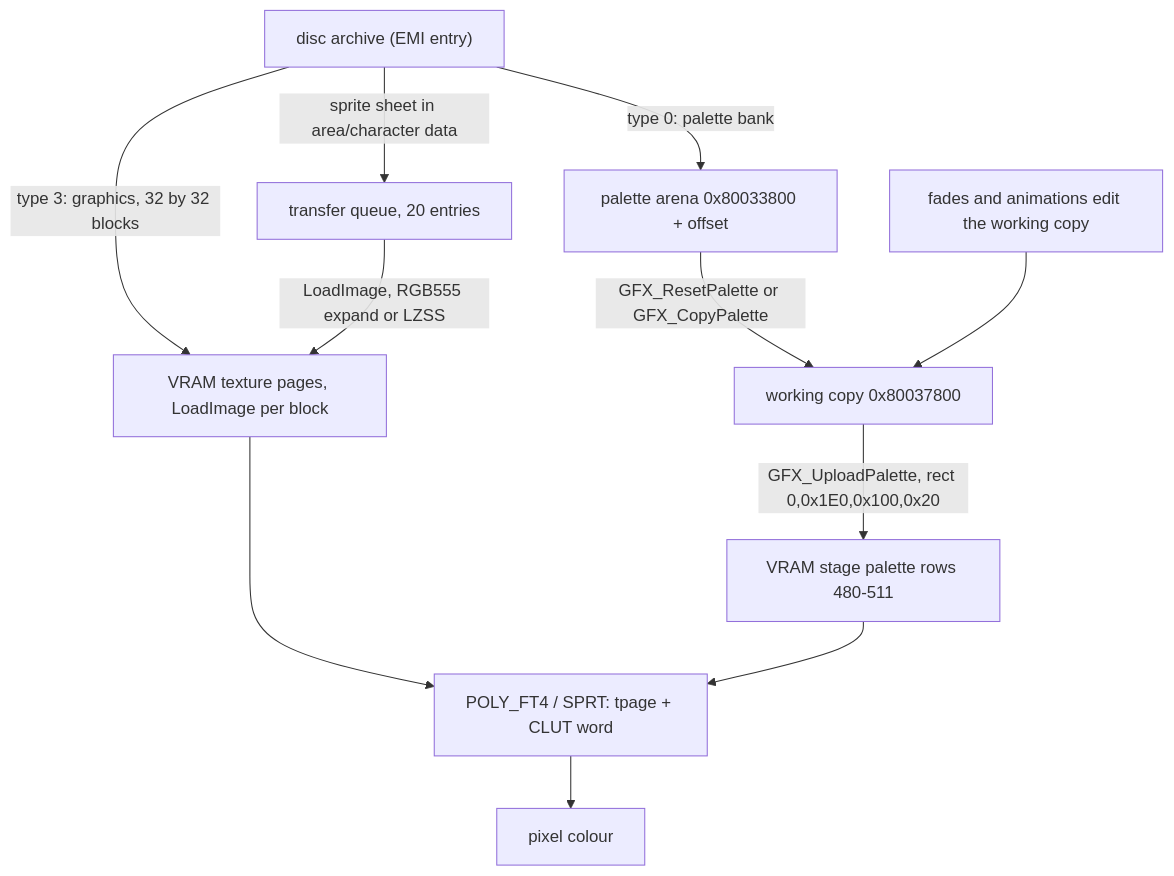
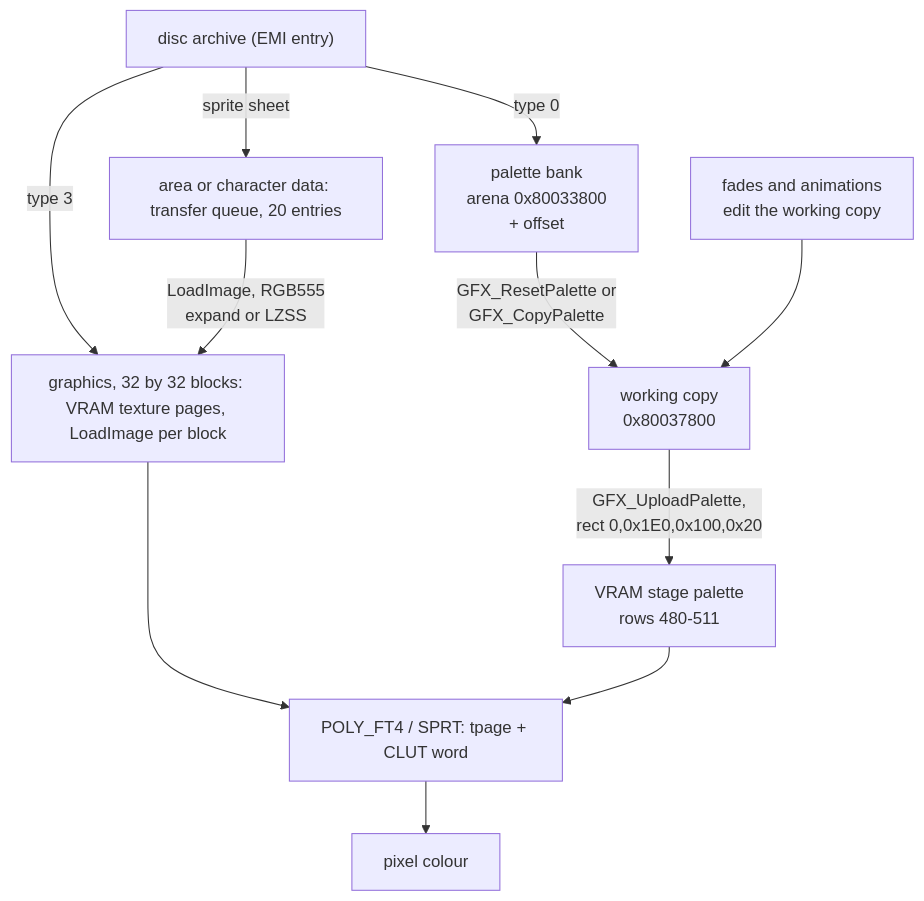
The second of 2 diagrams in src/content/docs/systems/rendering.md (raulcorreia7/bof3-wiki), drawn with Mermaid before and after one commit. The commit also changed other lines of this file and 13 other files, not shown here.

Commit message:
docs: redraw the diagrams to fit the page column at full text size

````diff
--- a/src/content/docs/systems/rendering.md
+++ b/src/content/docs/systems/rendering.md
@@ -67,13 +67,14 @@
 ```mermaid
 flowchart TD
-    D["disc archive (EMI entry)"] -->|"type 0: palette bank"| P["palette arena 0x80033800 + offset"]
-    D -->|"type 3: graphics, 32 by 32 blocks"| V["VRAM texture pages, LoadImage per block"]
-    D -->|"sprite sheet in area/character data"| Q["transfer queue, 20 entries"]
-    Q -->|"LoadImage, RGB555 expand or LZSS"| V
-    P -->|"GFX_ResetPalette or GFX_CopyPalette"| W["working copy 0x80037800"]
-    F["fades and animations edit the working copy"] --> W
-    W -->|"GFX_UploadPalette, rect 0,0x1E0,0x100,0x20"| S["VRAM stage palette rows 480-511"]
+    D["disc archive (EMI entry)"]
+    D -->|"type 0"| P["palette bank<br/>arena 0x80033800<br/>+ offset"]
+    D -->|"type 3"| V["graphics, 32 by 32 blocks: VRAM texture pages, LoadImage per block"]
+    D -->|"sprite sheet"| Q["area or character data: transfer queue, 20 entries"]
+    Q -->|"LoadImage, RGB555<br/>expand or LZSS"| V
+    P -->|"GFX_ResetPalette or<br/>GFX_CopyPalette"| W["working copy<br/>0x80037800"]
+    F["fades and animations<br/>edit the working copy"] --> W
+    W -->|"GFX_UploadPalette,<br/>rect 0,0x1E0,0x100,0x20"| S["VRAM stage palette<br/>rows 480-511"]
     V --> X["POLY_FT4 / SPRT: tpage + CLUT word"]
     S --> X
     X --> G["pixel colour"]
 ```
````
